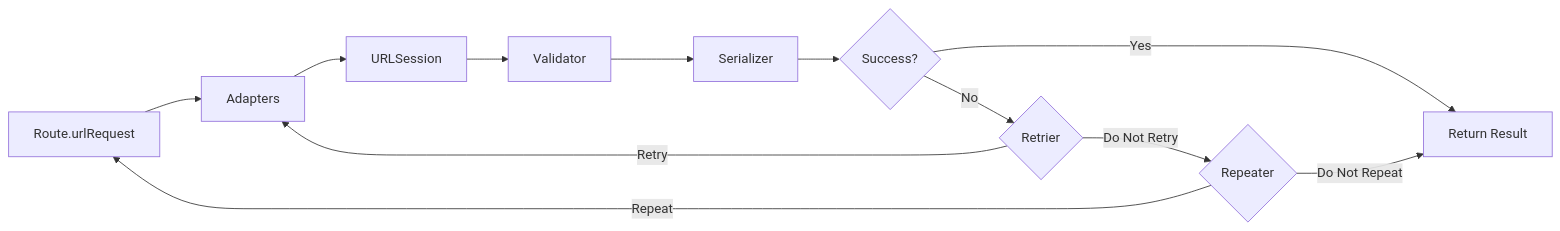
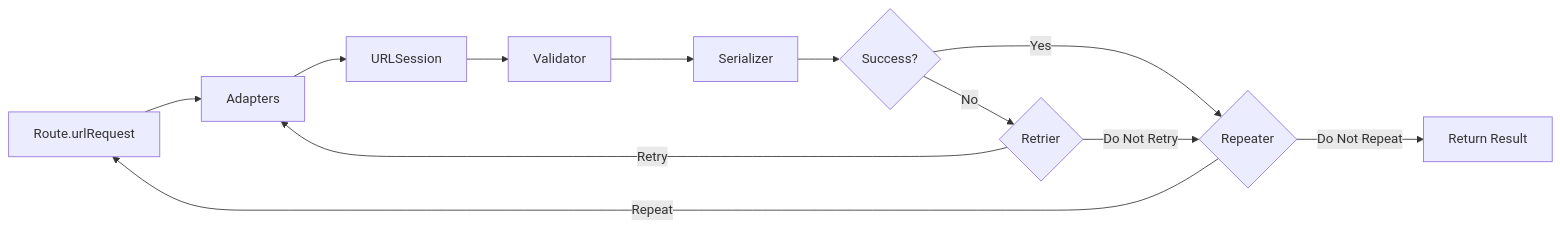
One commit to djk12587/PopNetworking changed the diagram in README.md. Above: the diagram before and after it, drawn with Mermaid. The commit also changed other lines of this file, not shown here.

Commit message:
fix error in architecture diagram, and update version for example installation

````diff
--- a/README.md
+++ b/README.md
@@ -48,14 +48,14 @@
 ```mermaid
 flowchart LR
     A[Route.urlRequest] --> B[Adapters]
     B --> C[URLSession]
     C --> D[Validator]
     D --> E[Serializer]
     E --> F{Success?}
-    F -- Yes --> G[Return Result]
+    F -- Yes --> I{Repeater}
     F -- No --> H{Retrier}
     H -- Retry --> B
-    H -- Do Not Retry --> I{Repeater}
+    H -- Do Not Retry --> I
     I -- Repeat --> A
-    I -- Do Not Repeat --> G
+    I -- Do Not Repeat --> G[Return Result]
 ```
````
